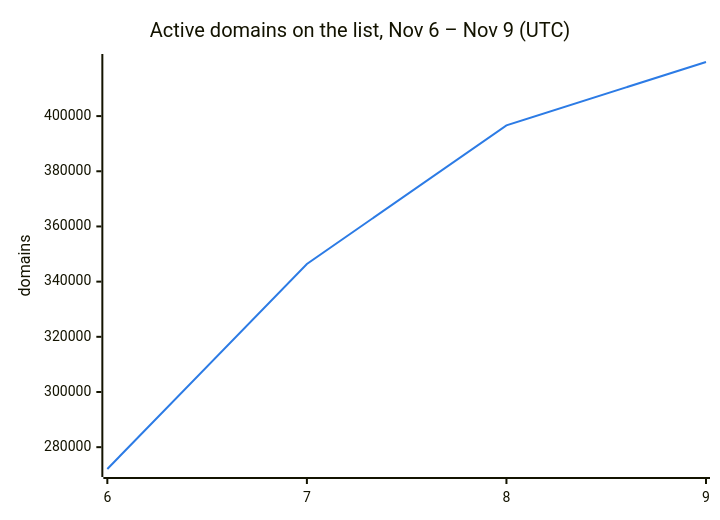
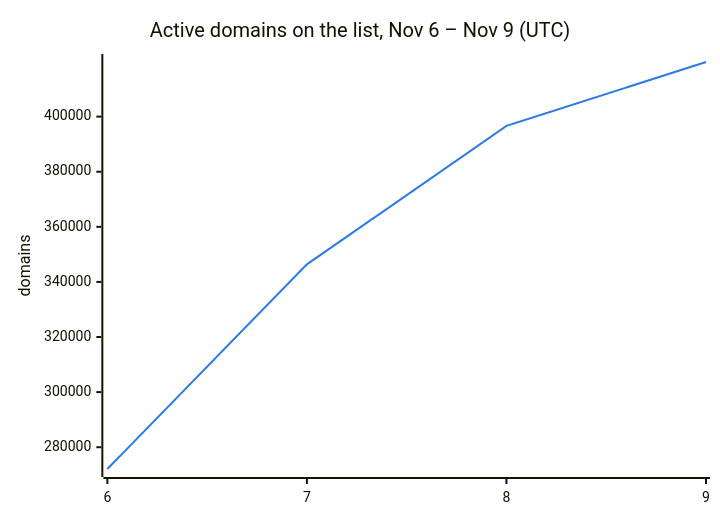
The second of 3 diagrams in README.md (DNSBunker/CTI), drawn with Mermaid before and after one commit. The commit also changed other lines of this file and 3 other files, not shown here.

````diff
--- a/README.md
+++ b/README.md
@@ -38,8 +38,8 @@
 ```mermaid
 %%{init: {"themeVariables": {"xyChart": {"plotColorPalette": "#2c7be5"}}}}%%
 xychart-beta
     title "Active domains on the list, Nov 6 – Nov 9 (UTC)"
     x-axis ["6", "7", "8", "9"]
     y-axis "domains"
-    line [272088, 346388, 396638, 419606]
+    line [272088, 346388, 396638, 419834]
 ```
````
